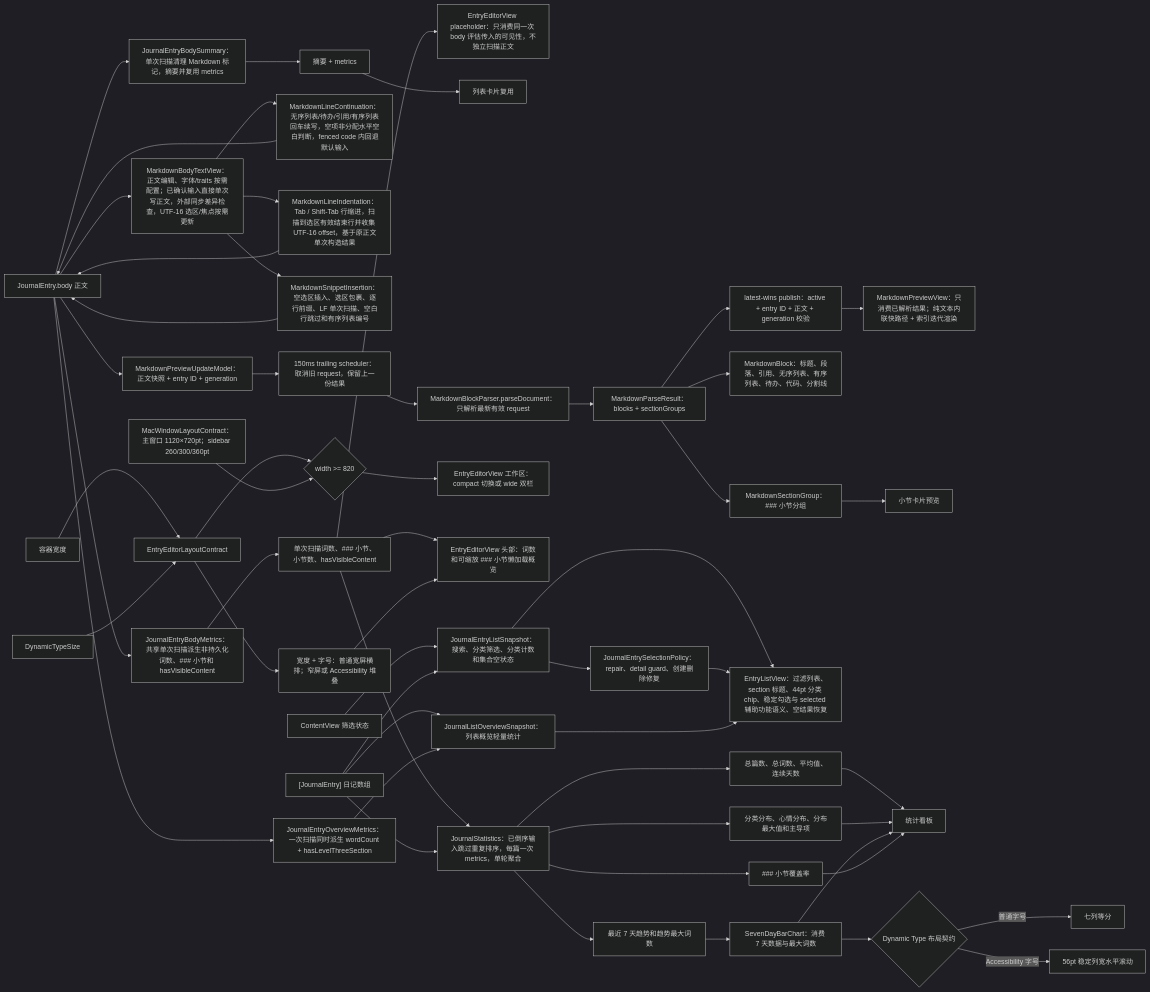
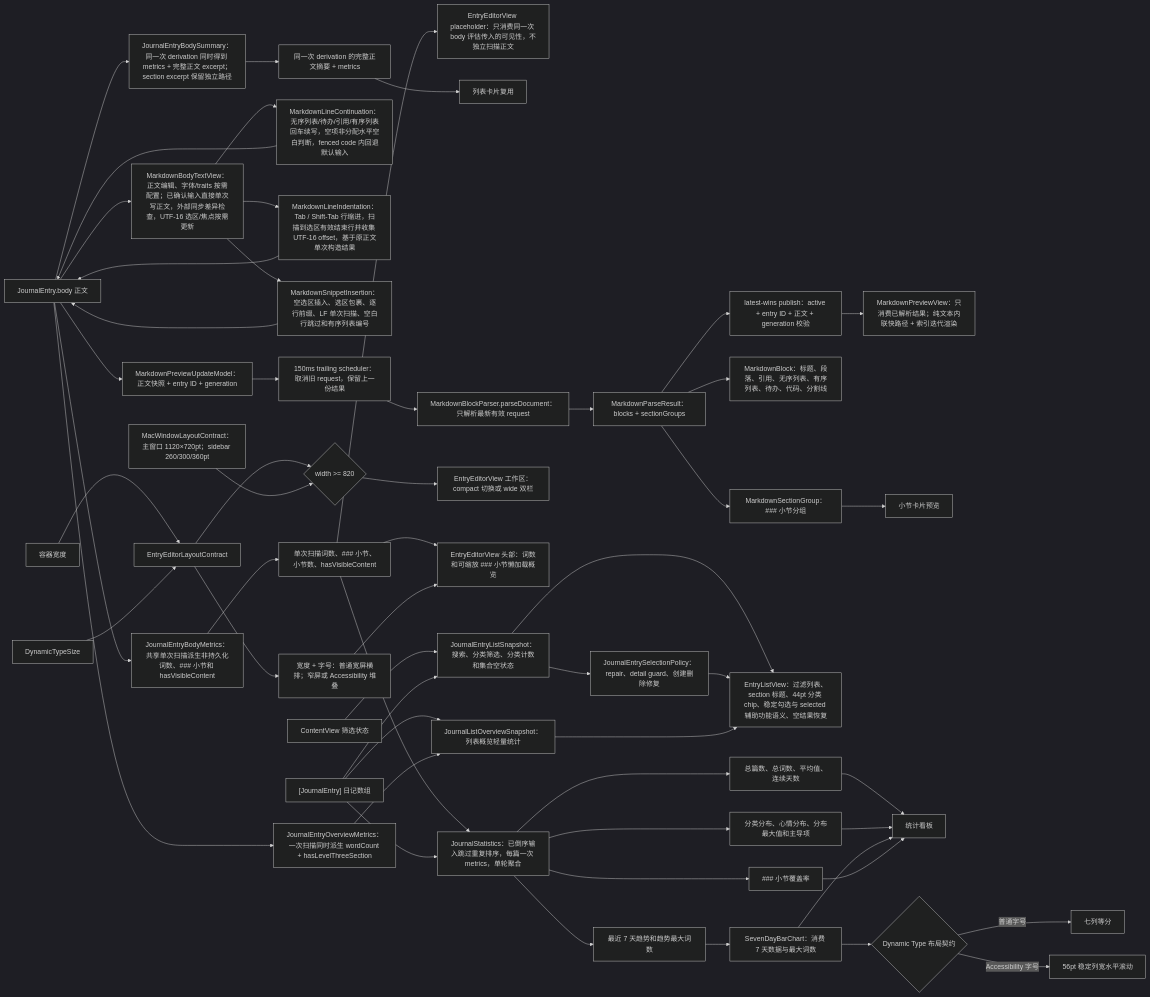
One commit to Altman-sam114/117 changed the fourth of 6 diagrams in md/flow/flowchart.md. Above: the diagram before and after it, drawn with Mermaid (dark theme). The commit also changed other lines of this file and 8 other files, not shown here.

````diff
--- a/md/flow/flowchart.md
+++ b/md/flow/flowchart.md
@@ -179,56 +179,56 @@
 ```mermaid
 flowchart LR
   Body["JournalEntry.body 正文"] --> MetricsNode2["JournalEntryBodyMetrics：共享单次扫描派生非持久化词数、### 小节和 hasVisibleContent"]
   Body --> OverviewMetrics2["JournalEntryOverviewMetrics：一次扫描同时派生 wordCount + hasLevelThreeSection"]
-  Body --> Summary["JournalEntryBodySummary：单次扫描清理 Markdown 标记，摘要并复用 metrics"]
+  Body --> Summary["JournalEntryBodySummary：同一次 derivation 同时得到 metrics + 完整正文 excerpt；section excerpt 保留独立路径"]
   Body --> BodyText["MarkdownBodyTextView：正文编辑、字体/traits 按需配置；已确认输入直接单次写正文，外部同步差异检查，UTF-16 选区/焦点按需更新"]
   BodyText --> ContinueRule["MarkdownLineContinuation：无序列表/待办/引用/有序列表回车续写，空项非分配水平空白判断，fenced code 内回退默认输入"]
   ContinueRule --> Body
   BodyText --> IndentRule["MarkdownLineIndentation：Tab / Shift-Tab 行缩进，扫描到选区有效结束行并收集 UTF-16 offset，基于原正文单次构造结果"]
   IndentRule --> Body
   BodyText --> InsertRule["MarkdownSnippetInsertion：空选区插入、选区包裹、逐行前缀、LF 单次扫描、空白行跳过和有序列表编号"]
   InsertRule --> Body
   MetricsNode2 --> MetricsData["单次扫描词数、### 小节、小节数、hasVisibleContent"]
   MetricsData --> EditorPlaceholder["EntryEditorView placeholder：只消费同一次 body 评估传入的可见性，不独立扫描正文"]
-  Summary --> Excerpt["摘要 + metrics"]
+  Summary --> Excerpt["同一次 derivation 的完整正文摘要 + metrics"]
   Excerpt --> RowEditor["列表卡片复用"]
   MetricsData --> Statistics["JournalStatistics：已倒序输入跳过重复排序，每篇一次 metrics，单轮聚合"]
   EditorWidth["容器宽度"] --> EditorLayout["EntryEditorLayoutContract"]
   EditorTypeSize["DynamicTypeSize"] --> EditorLayout
   EditorLayout --> WorkspaceDecision{"width >= 820"}
   WorkspaceDecision --> EditorWorkspace["EntryEditorView 工作区：compact 切换或 wide 双栏"]
   MacWindowLayout["MacWindowLayoutContract：主窗口 1120×720pt；sidebar 260/300/360pt"] --> WorkspaceDecision
   EditorLayout --> HeaderDecision["宽度 + 字号：普通宽屏横排；窄屏或 Accessibility 堆叠"]
   MetricsData --> EditorHeader["EntryEditorView 头部：词数和可缩放 ### 小节懒加载概览"]
   HeaderDecision --> EditorHeader
   Body --> PreviewRequest["MarkdownPreviewUpdateModel：正文快照 + entry ID + generation"]
   PreviewRequest --> PreviewScheduler["150ms trailing scheduler：取消旧 request，保留上一份结果"]
   PreviewScheduler --> Parse["MarkdownBlockParser.parseDocument：只解析最新有效 request"]
   Parse --> Result["MarkdownParseResult：blocks + sectionGroups"]
   Result --> LatestWins["latest-wins publish：active + entry ID + 正文 + generation 校验"]
   Result --> Blocks["MarkdownBlock：标题、段落、引用、无序列表、有序列表、待办、代码、分割线"]
   LatestWins --> Preview["MarkdownPreviewView：只消费已解析结果；纯文本内联快路径 + 索引迭代渲染"]
   Result --> Sections["MarkdownSectionGroup：### 小节分组"]
   Sections --> SectionPreview["小节卡片预览"]
   Entries["[JournalEntry] 日记数组"] --> Statistics
   FilterState2["ContentView 筛选状态"] --> ListSnapshot2["JournalEntryListSnapshot：搜索、分类筛选、分类计数和集合空状态"]
   Entries --> ListSnapshot2
   ListSnapshot2 --> ListView["EntryListView：过滤列表、section 标题、44pt 分类 chip、稳定勾选与 selected 辅助功能语义、空结果恢复"]
   ListSnapshot2 --> SelectionPolicy2["JournalEntrySelectionPolicy：repair、detail guard、创建删除修复"]
   SelectionPolicy2 --> ListView
   Entries --> ListOverview2["JournalListOverviewSnapshot：列表概览轻量统计"]
   OverviewMetrics2 --> ListOverview2
   ListOverview2 --> ListView
   Statistics --> Metrics["总篇数、总词数、平均值、连续天数"]
   Statistics --> Distributions["分类分布、心情分布、分布最大值和主导项"]
   Statistics --> Trend["最近 7 天趋势和趋势最大词数"]
   Statistics --> Coverage["### 小节覆盖率"]
   Metrics --> Dashboard["统计看板"]
   Distributions --> Dashboard
   Trend --> TrendChart["SevenDayBarChart：消费 7 天数据与最大词数"]
   TrendChart --> Dashboard
   TrendChart --> TrendLayout2{"Dynamic Type 布局契约"}
   TrendLayout2 -- "普通字号" --> EqualTrend2["七列等分"]
   TrendLayout2 -- "Accessibility 字号" --> ScrollingTrend2["56pt 稳定列宽水平滚动"]
   Coverage --> Dashboard
 ```
````
